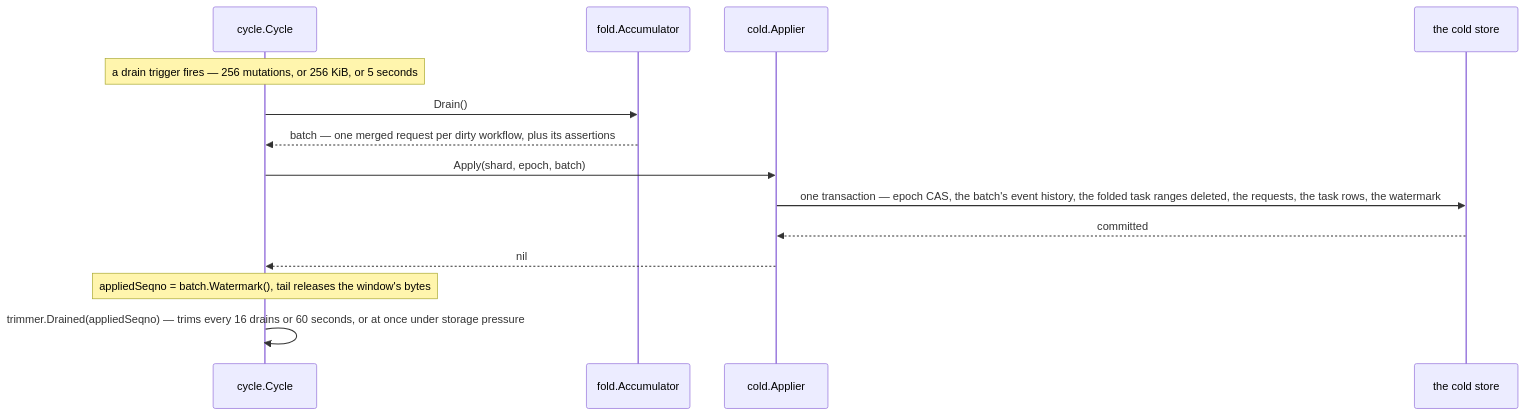
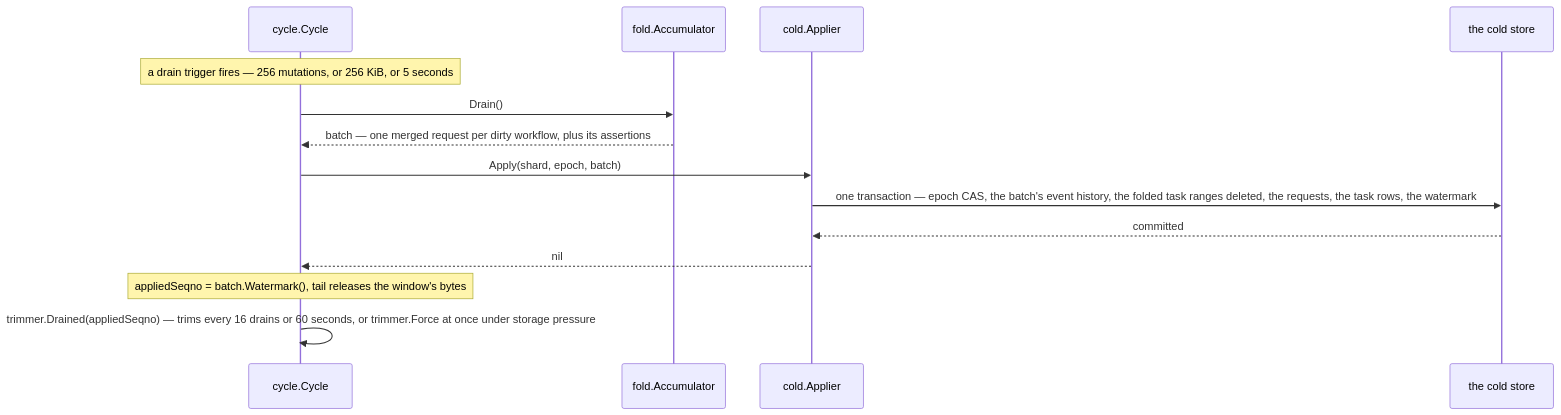
Before and after one commit to aromanovich/waltz: the second of 10 diagrams in docs/handbook/05-write-path.md, drawn with Mermaid. The commit also changed other lines of this file and 64 other files, not shown here.

````diff
--- a/docs/handbook/05-write-path.md
+++ b/docs/handbook/05-write-path.md
@@ -149,17 +149,17 @@
 ```mermaid
 sequenceDiagram
   participant CY as cycle.Cycle
   participant ACC as fold.Accumulator
   participant AP as cold.Applier
   participant CS as the cold store
 
   Note over CY: a drain trigger fires — 256 mutations, or 256 KiB, or 5 seconds
   CY->>ACC: Drain()
   ACC-->>CY: batch — one merged request per dirty workflow, plus its assertions
   CY->>AP: Apply(shard, epoch, batch)
   AP->>CS: one transaction — epoch CAS, the batch's event history, the folded task ranges deleted, the requests, the task rows, the watermark
   CS-->>AP: committed
   AP-->>CY: nil
   Note over CY: appliedSeqno = batch.Watermark(), tail releases the window's bytes
-  CY->>CY: trimmer.Drained(appliedSeqno) — trims every 16 drains or 60 seconds, or at once under storage pressure
+  CY->>CY: trimmer.Drained(appliedSeqno) — trims every 16 drains or 60 seconds, or trimmer.Force at once under storage pressure
 ```
````
